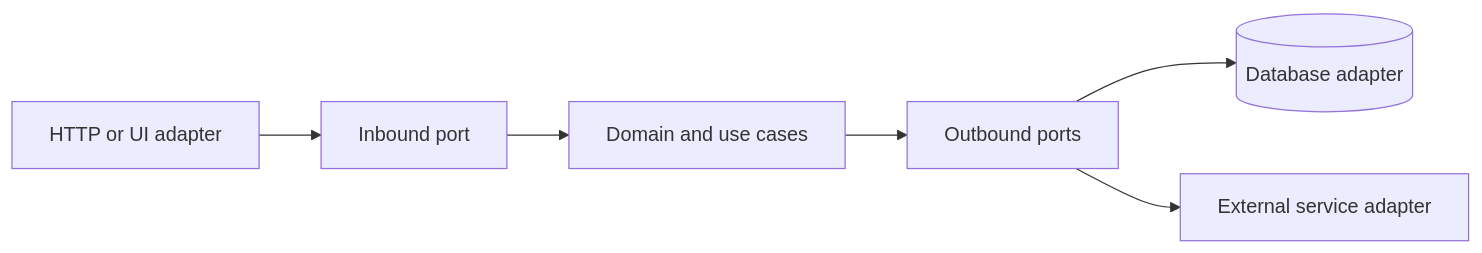
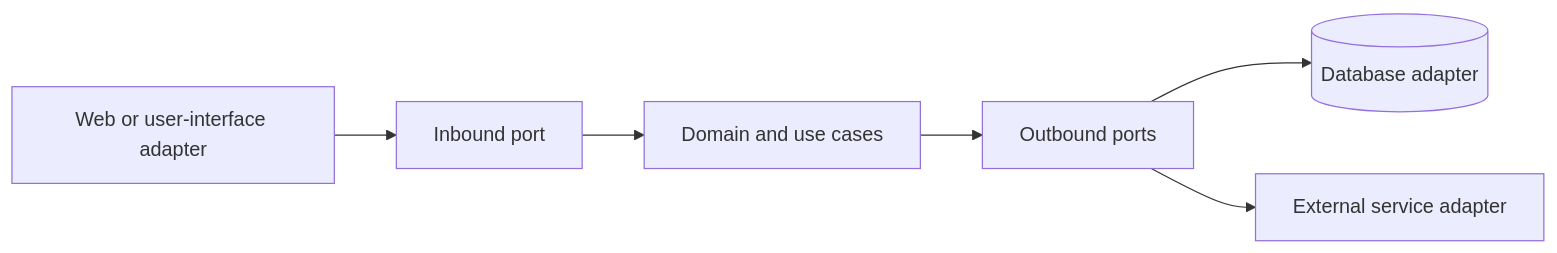
One commit to CVamsi27/software-developer-bible changed the fifth of 6 diagrams in 30-architecture/30.2-system-design/01-theory/30.2.1.11-architecture-patterns.md. Above: the diagram before and after it, drawn with Mermaid. The commit also changed other lines of this file and 10 other files, not shown here.

````diff
--- a/30-architecture/30.2-system-design/01-theory/30.2.1.11-architecture-patterns.md
+++ b/30-architecture/30.2-system-design/01-theory/30.2.1.11-architecture-patterns.md
@@ -207,8 +219,8 @@
 ```mermaid
 flowchart LR
-  UI[HTTP or UI adapter] --> Inbound[Inbound port]
+  UI[Web or user-interface adapter] --> Inbound[Inbound port]
   Inbound --> Domain[Domain and use cases]
   Domain --> Outbound[Outbound ports]
   Outbound --> DB[(Database adapter)]
   Outbound --> External[External service adapter]
 ```
````
